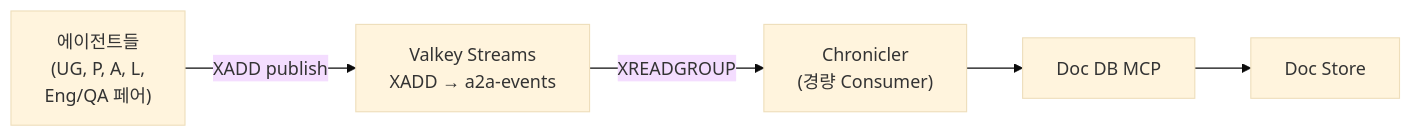
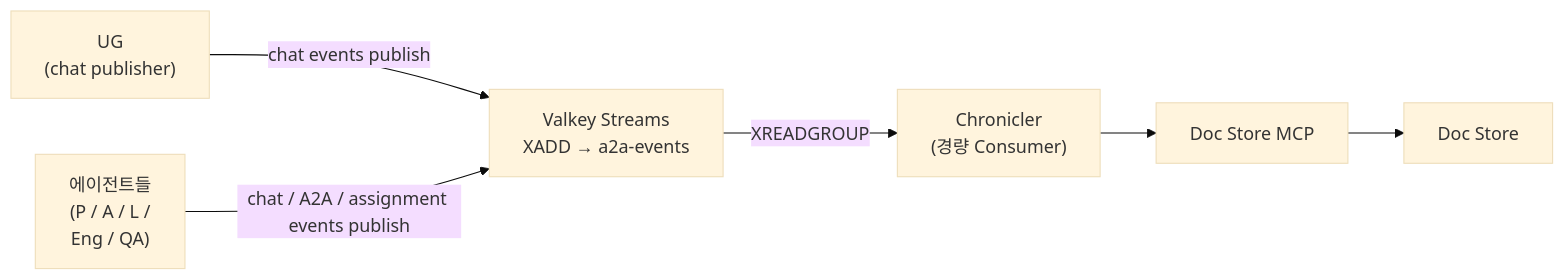
One commit to vonkernel/dev-team changed the diagram in docs/proposal/architecture-event-pipeline.md. Above: the diagram before and after it, drawn with Mermaid (base theme). The commit also changed other lines of this file and 9 other files, not shown here.

First line of the commit message:
docs(m3): UG↔P/A chat tier 분리 + schema 재정의 (#75) (#76)

````diff
--- a/docs/proposal/architecture-event-pipeline.md
+++ b/docs/proposal/architecture-event-pipeline.md
@@ -13,12 +15,14 @@
 ```mermaid
 graph LR
-    Agents["에이전트들<br/>(UG, P, A, L,<br/>Eng/QA 페어)"]
+    UG["UG<br/>(chat publisher)"]
+    Agents["에이전트들<br/>(P / A / L /<br/>Eng / QA)"]
     Stream["Valkey Streams<br/>XADD → a2a-events"]
     Chronicler["Chronicler<br/>(경량 Consumer)"]
-    DocMCP["Doc DB MCP"]
+    DocMCP["Doc Store MCP"]
     DocDB["Doc Store"]
 
-    Agents -->|XADD publish| Stream
+    UG -->|chat events publish| Stream
+    Agents -->|chat / A2A / assignment events publish| Stream
     Stream -->|XREADGROUP| Chronicler
     Chronicler --> DocMCP --> DocDB
 ```
````
